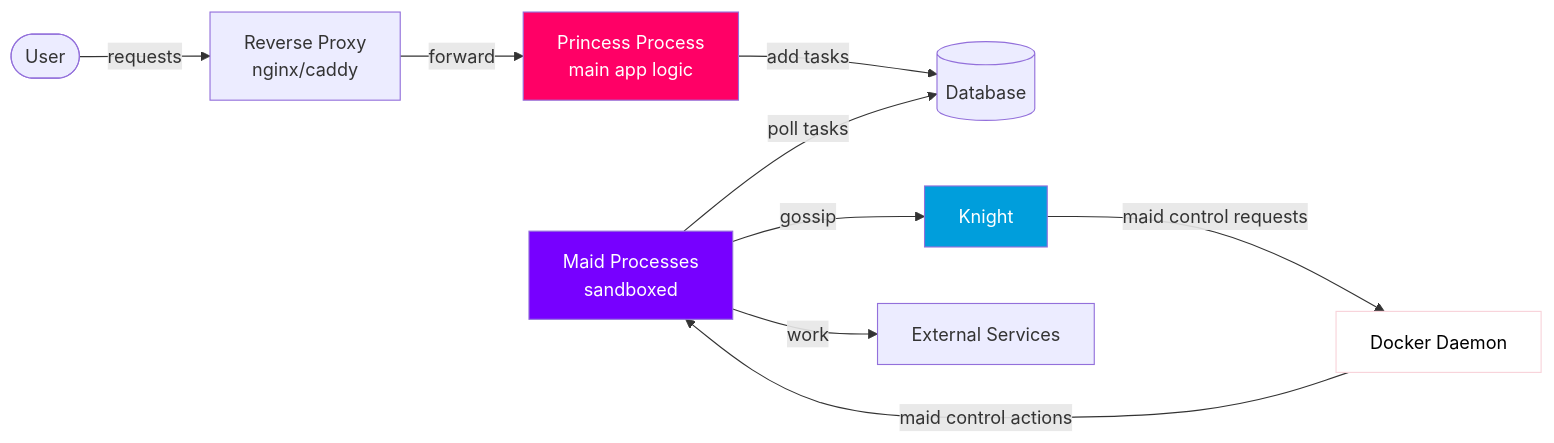
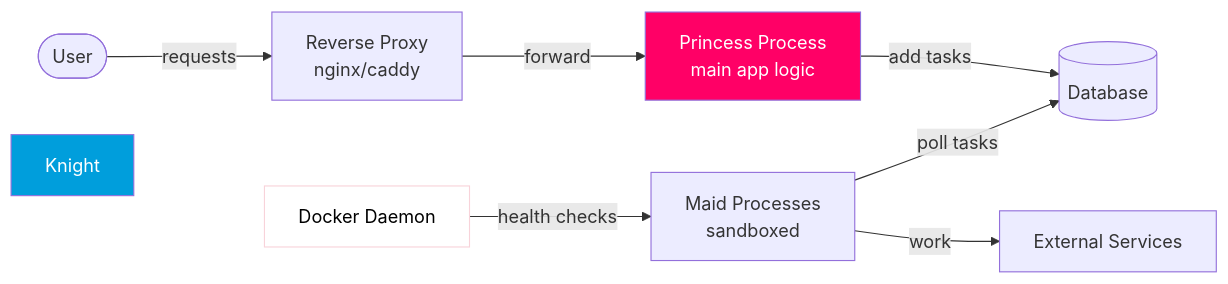
The first of 2 diagrams in docs/tasks.md (auctumnus/axismundi), drawn with Mermaid before and after one commit. The commit also changed other lines of this file and 44 other files, not shown here.

````diff
--- a/docs/tasks.md
+++ b/docs/tasks.md
@@ -9,23 +9,19 @@
 ```mermaid
 graph LR
     User([User])
     Proxy[Reverse Proxy<br/>nginx/caddy]
     Princess[Princess Process<br/>main app logic]
     DB[(Database)]
     Maid[Maid Processes<br/>sandboxed]
-    Knight[Knight]
     DockerDaemon[Docker Daemon]
     External[External Services]
     User -->|requests| Proxy
     Proxy -->|forward| Princess
-    Knight -->|maid control requests| DockerDaemon
-    DockerDaemon -->|maid control actions| Maid
+    DockerDaemon -->|health checks| Maid
     Princess -->|add tasks| DB
     Maid -->|poll tasks| DB
     Maid -->|work| External
-    Maid -->|gossip| Knight
     style Princess fill:#ff0066,color:#fff
-    style Maid fill:#7700ff,color:#fff
     style Knight fill:#009edc,color:#fff
     style DockerDaemon fill:#fff,color:#000,stroke:#F8D3DAFF
 ```
````
